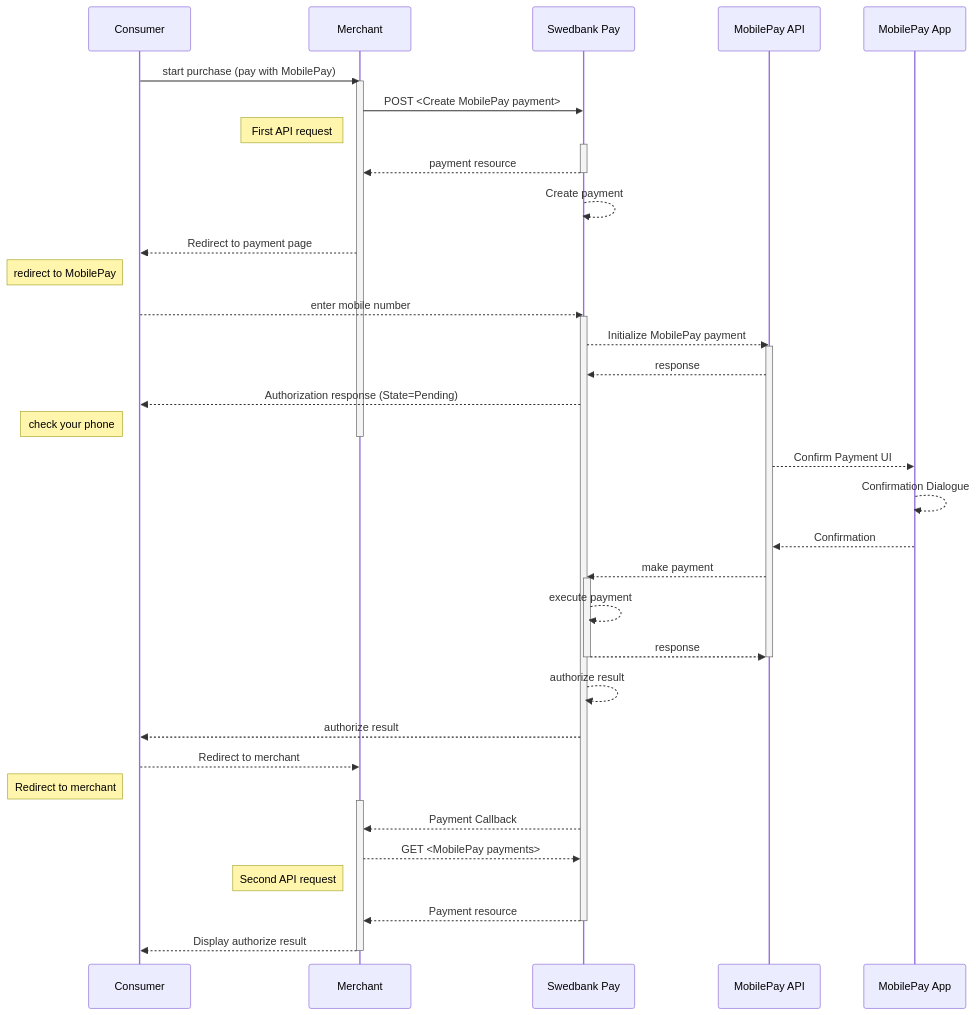
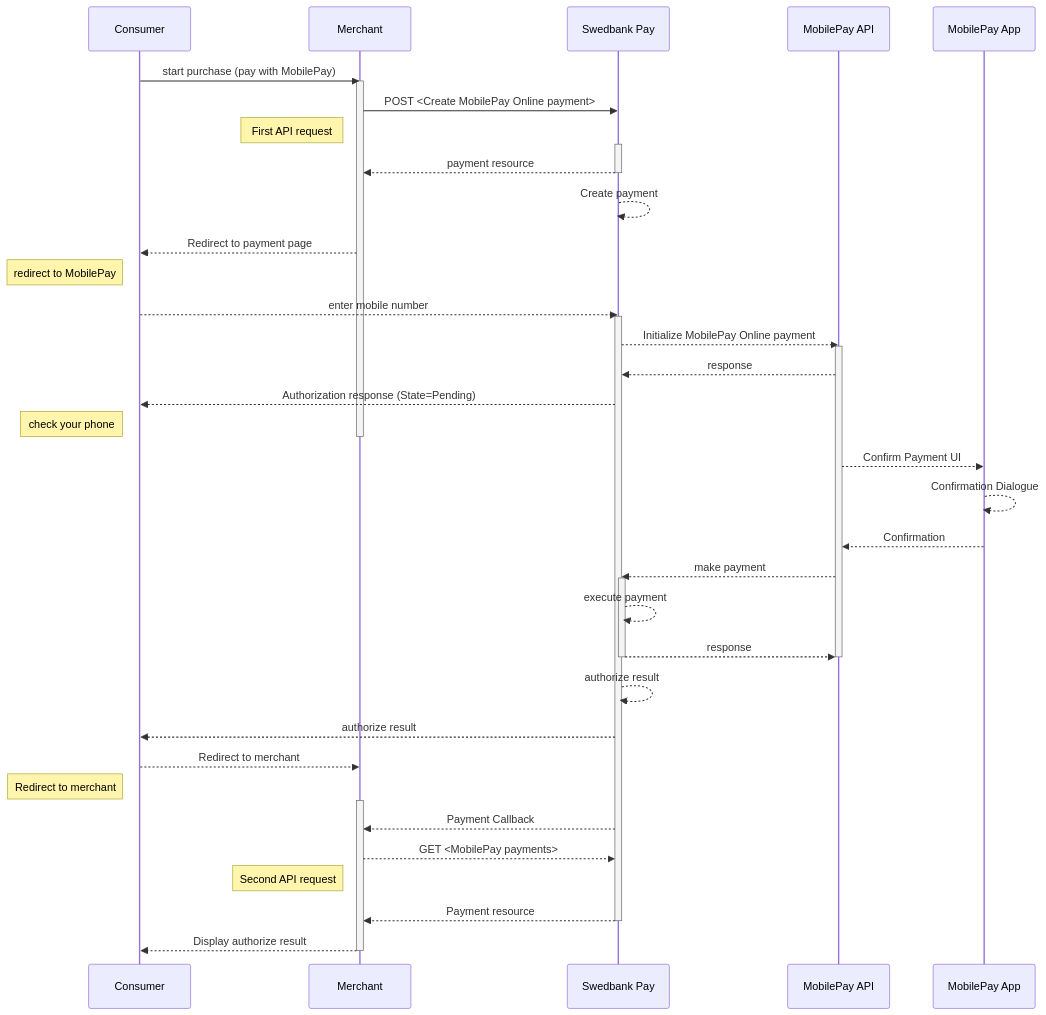
One commit to SwedbankPay/developer.swedbankpay.com changed the diagram in payments/mobile-pay/redirect.md. Above: the diagram before and after it, drawn with Mermaid. The commit also changed other lines of this file and 3 other files, not shown here.

Commit message:
Did my best effort to replace all mentions of MobilePay with MobilePay Online when we are talking about the payment service.

````diff
--- a/payments/mobile-pay/redirect.md
+++ b/payments/mobile-pay/redirect.md
@@ -70,51 +71,51 @@
 ```mermaid
 sequenceDiagram
   participant Consumer
   participant Merchant
   participant SwedbankPay as Swedbank Pay
   participant MobilePay_API as MobilePay API
   participant MobilePay_App as MobilePay App
 
   Consumer->>Merchant: start purchase (pay with MobilePay)
   activate Merchant
 
-  Merchant->>SwedbankPay: POST <Create MobilePay payment>
+  Merchant->>SwedbankPay: POST <Create MobilePay Online payment>
   note left of Merchant: First API request
   activate SwedbankPay
   SwedbankPay-->>Merchant: payment resource
   deactivate SwedbankPay
   SwedbankPay -->> SwedbankPay: Create payment
   Merchant-->>Consumer: Redirect to payment page
   note left of Consumer: redirect to MobilePay
   Consumer-->>SwedbankPay: enter mobile number
   activate SwedbankPay
 
-  SwedbankPay-->>MobilePay_API: Initialize MobilePay payment
+  SwedbankPay-->>MobilePay_API: Initialize MobilePay Online payment
   activate MobilePay_API
   MobilePay_API-->>SwedbankPay: response
   SwedbankPay-->>Consumer: Authorization response (State=Pending)
   note left of Consumer: check your phone
   deactivate Merchant
 
   MobilePay_API-->>MobilePay_App: Confirm Payment UI
   MobilePay_App-->>MobilePay_App: Confirmation Dialogue
   MobilePay_App-->>MobilePay_API: Confirmation
   MobilePay_API-->>SwedbankPay: make payment
   activate SwedbankPay
   SwedbankPay-->>SwedbankPay: execute payment
   SwedbankPay-->>MobilePay_API: response
   deactivate SwedbankPay
   deactivate MobilePay_API
   SwedbankPay-->>SwedbankPay: authorize result
   SwedbankPay-->>Consumer: authorize result
   Consumer-->>Merchant: Redirect to merchant
   note left of Consumer: Redirect to merchant
   activate Merchant
   SwedbankPay-->>Merchant: Payment Callback
   Merchant-->>SwedbankPay: GET <MobilePay payments>
   note left of Merchant: Second API request
   SwedbankPay-->>Merchant: Payment resource
   deactivate SwedbankPay
   Merchant-->>Consumer: Display authorize result
   deactivate Merchant
 ```
````
